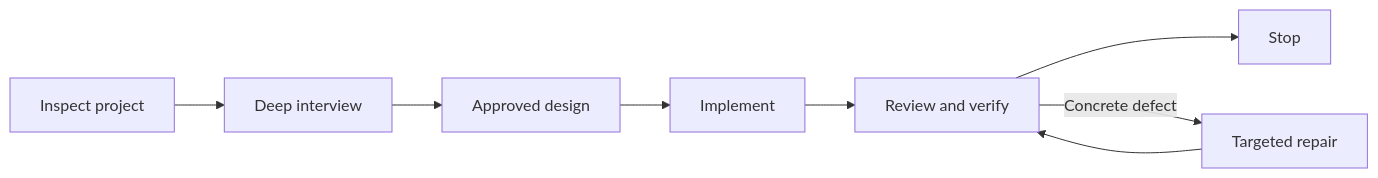
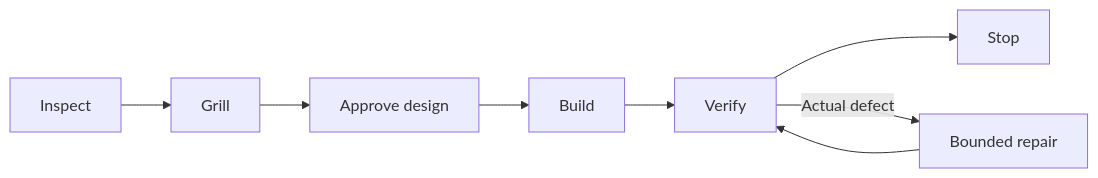
The diagram in README.md (clipcraftclients-art/grillpower), drawn with Mermaid before and after one commit. The commit also changed other lines of this file and 10 other files, not shown here.

Commit message:
GrillPower v2.1: sharpen the interview, streamline adoption, add evaluation fixtures

````diff
--- a/README.md
+++ b/README.md
@@ -21,10 +45,10 @@
 ```mermaid
 flowchart LR
-    A[Inspect project] --> B[Deep interview]
-    B --> C[Approved design]
-    C --> D[Implement]
-    D --> E[Review and verify]
+    A[Inspect] --> B[Grill]
+    B --> C[Approve design]
+    C --> D[Build]
+    D --> E[Verify]
     E --> F[Stop]
-    E -->|Concrete defect| G[Targeted repair]
+    E -->|Actual defect| G[Bounded repair]
     G --> E
 ```
````
